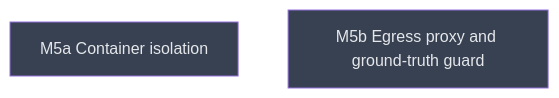
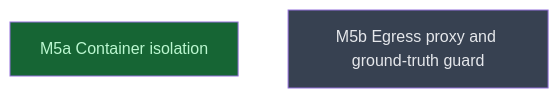
One commit to CrackingShells/Candler changed the diagram in __roadmap__/candler-v1/contracts/parity/alignment/surfaces/isolation/README.md. Above: the diagram before and after it, drawn with Mermaid. The commit also changed other lines of this file and 2 other files, not shown here.

First line of the commit message:
rdm(isolation): mark m5a done

````diff
--- a/__roadmap__/candler-v1/contracts/parity/alignment/surfaces/isolation/README.md
+++ b/__roadmap__/candler-v1/contracts/parity/alignment/surfaces/isolation/README.md
@@ -17,10 +17,10 @@
 ```mermaid
 graph TD
-    m5_container_isolation[M5a Container isolation]:::planned
+    m5_container_isolation[M5a Container isolation]:::done
     m5b[M5b Egress proxy and ground-truth guard]:::planned
     classDef done       fill:#166534,color:#bbf7d0
     classDef inprogress fill:#854d0e,color:#fef08a
     classDef planned    fill:#374151,color:#e5e7eb
     classDef amendment  fill:#1e3a5f,color:#bfdbfe
     classDef blocked    fill:#7f1d1d,color:#fecaca
 ```
````
